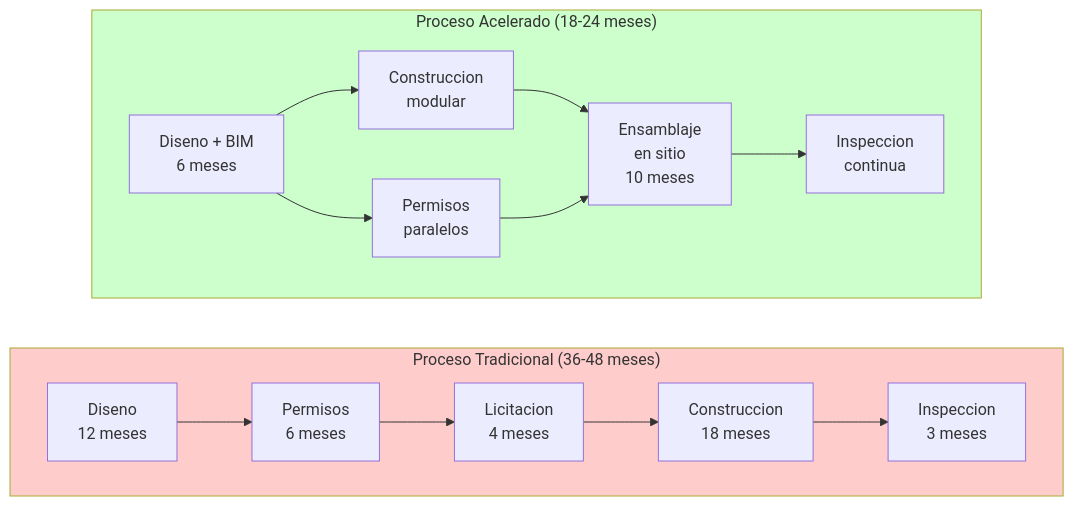
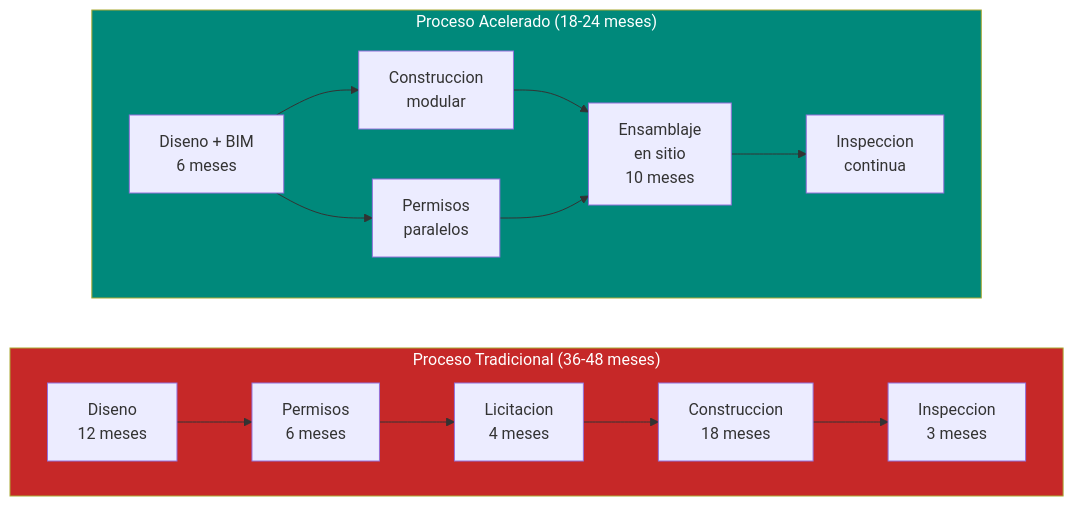
One commit to Venezuela-S-A/venezuela-sa changed the second of 2 diagrams in docs/06-realidad/infraestructura-calidad.md. Above: the diagram before and after it, drawn with Mermaid. The commit also changed other lines of this file and 127 other files, not shown here.

````diff
--- a/docs/06-realidad/infraestructura-calidad.md
+++ b/docs/06-realidad/infraestructura-calidad.md
@@ -198,22 +205,22 @@
 ```mermaid
 flowchart LR
     subgraph Tradicional["Proceso Tradicional (36-48 meses)"]
         direction LR
         T1["Diseno<br/>12 meses"] --> T2["Permisos<br/>6 meses"]
         T2 --> T3["Licitacion<br/>4 meses"]
         T3 --> T4["Construccion<br/>18 meses"]
         T4 --> T5["Inspeccion<br/>3 meses"]
     end
 
     subgraph Acelerado["Proceso Acelerado (18-24 meses)"]
         direction LR
         A1["Diseno + BIM<br/>6 meses"] --> A2["Construccion<br/>modular"]
         A1 --> A3["Permisos<br/>paralelos"]
         A2 --> A4["Ensamblaje<br/>en sitio<br/>10 meses"]
         A3 --> A4
         A4 --> A5["Inspeccion<br/>continua"]
     end
 
-    style Tradicional fill:#ffcccc
-    style Acelerado fill:#ccffcc
+    style Tradicional fill:#C62828,color:#fff
+    style Acelerado fill:#00897B,color:#fff
 ```
````
